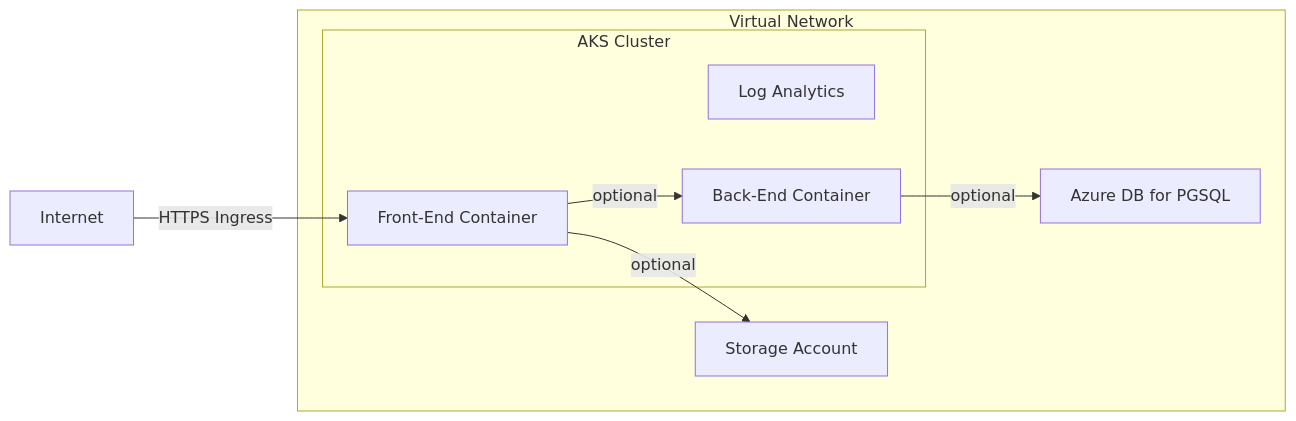
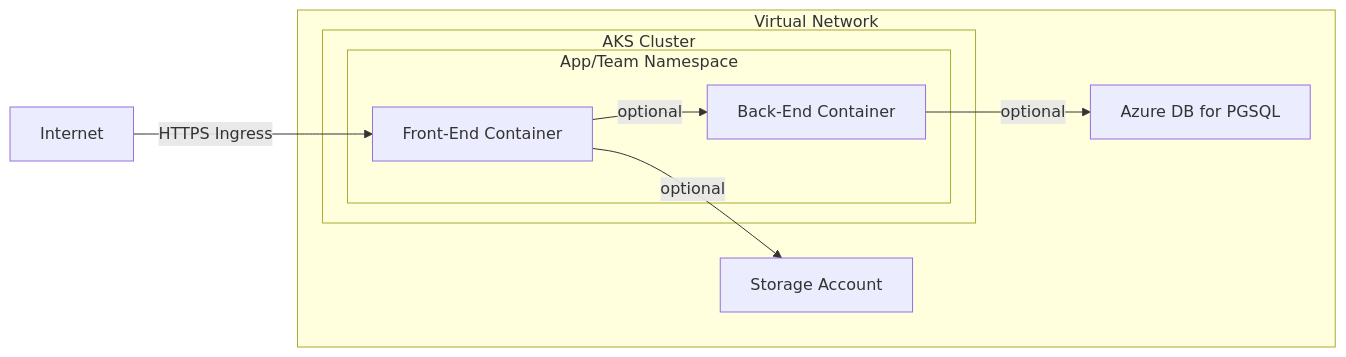
The third of 3 diagrams in README.md (mirfire/azure-bicep-training), drawn with Mermaid before and after one commit. The commit also changed other lines of this file and 1 other file, not shown here.

````diff
--- a/README.md
+++ b/README.md
@@ -99,16 +215,17 @@
 ```mermaid
 flowchart LR
     internet[Internet]-->|HTTPS Ingress| containerFront
     subgraph vnet [Virtual Network]
         subgraph environment [AKS Cluster]
-            logAnalytics[Log Analytics]
+          subgraph namespace [App/Team Namespace]
             containerFront[Front-End Container]
             containerBack[Back-End Container]
             containerFront -->|optional| containerBack
+          end
         end
         containerBack -->|optional| database
         database[Azure DB for PGSQL]
         storageAccount[Storage Account]
         containerFront -->|optional| storageAccount
     end
 ```
````
